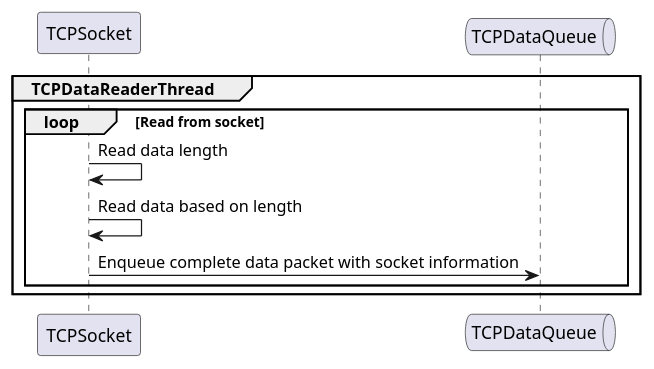
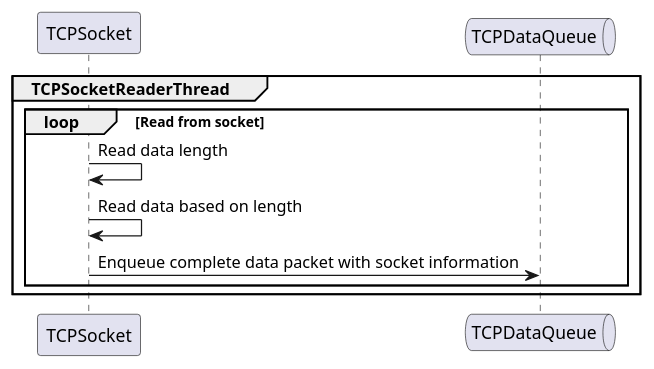
Before and after one commit to xiguichen/tcpudp: the second of 6 diagrams in doc/server.md, drawn with PlantUML. The commit also changed other lines of this file, not shown here.

```diff
--- a/doc/server.md
+++ b/doc/server.md
@@ -50,14 +29,14 @@
 @startuml
 
 participant TCPSocket
 queue TCPDataQueue
 
-group TCPDataReaderThread
+group TCPSocketReaderThread
     loop Read from socket
         TCPSocket -> TCPSocket: Read data length
         TCPSocket -> TCPSocket: Read data based on length
         TCPSocket -> TCPDataQueue: Enqueue complete data packet with socket information
     end
 end
 
 @enduml
```
